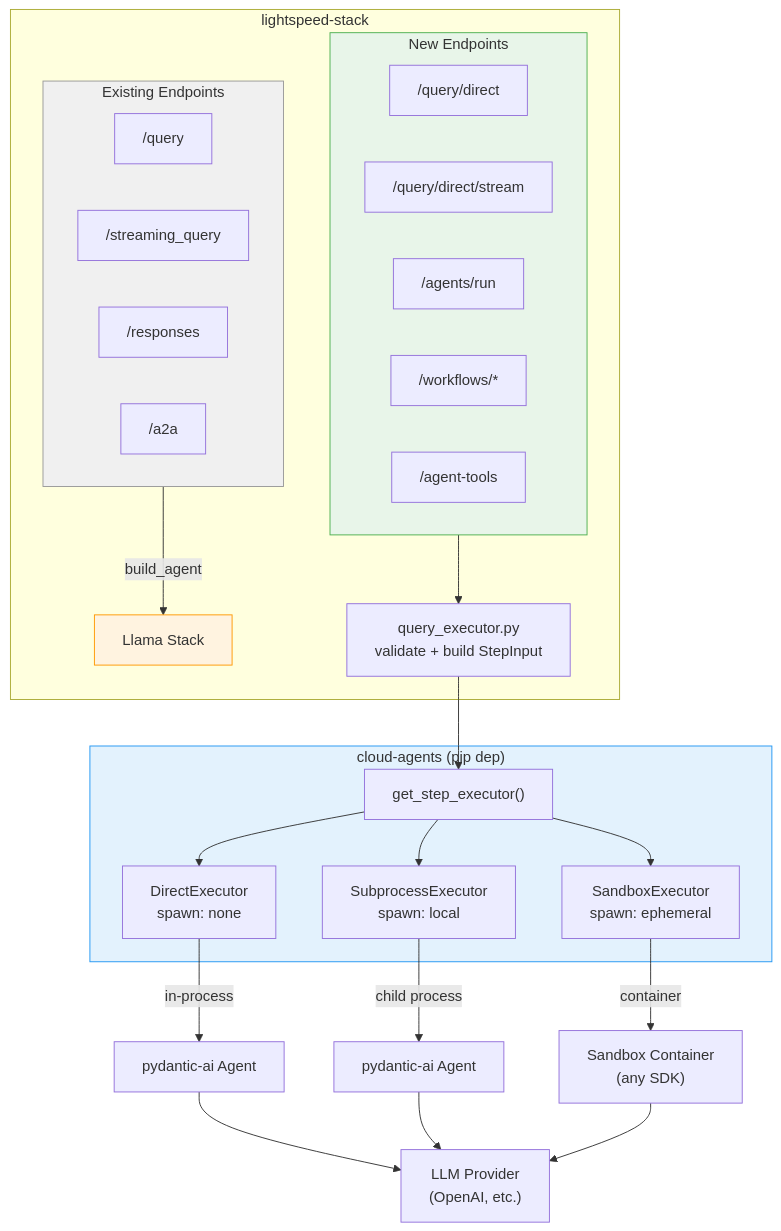
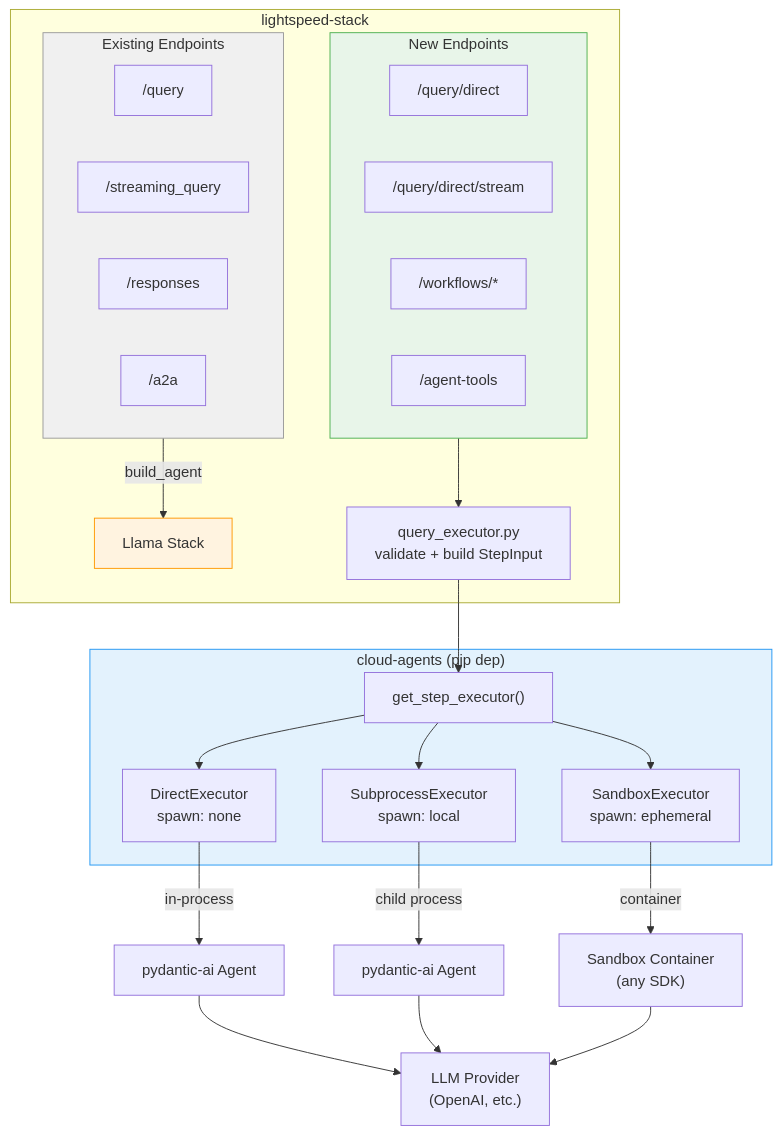
One commit to jameswnl/lightspeed-stack changed the first of 9 diagrams in docs/design/cloud-agents/integration-architecture.md. Above: the diagram before and after it, drawn with Mermaid. The commit also changed other lines of this file and 23 other files, not shown here.

````diff
--- a/docs/design/cloud-agents/integration-architecture.md
+++ b/docs/design/cloud-agents/integration-architecture.md
@@ -7,42 +7,41 @@
 ```mermaid
 graph TB
     subgraph ls["lightspeed-stack"]
         subgraph existing["Existing Endpoints"]
             query["/query"]
             stream["/streaming_query"]
             responses["/responses"]
             a2a["/a2a"]
         end
         subgraph new["New Endpoints"]
             qd["/query/direct"]
             qds["/query/direct/stream"]
-            ar["/agents/run"]
             wf["/workflows/*"]
             at["/agent-tools"]
         end
 
         existing -->|build_agent| llamastack["Llama Stack"]
         new --> bridge["query_executor.py\nvalidate + build StepInput"]
     end
 
     bridge --> dispatch["get_step_executor()"]
 
     subgraph ca["cloud-agents (pip dep)"]
         dispatch --> none["DirectExecutor\nspawn: none"]
         dispatch --> local["SubprocessExecutor\nspawn: local"]
         dispatch --> ephemeral["SandboxExecutor\nspawn: ephemeral"]
     end
 
     none -->|in-process| pydantic["pydantic-ai Agent"]
     local -->|child process| pydantic2["pydantic-ai Agent"]
     ephemeral -->|container| sandbox["Sandbox Container\n(any SDK)"]
 
     pydantic --> llm["LLM Provider\n(OpenAI, etc.)"]
     pydantic2 --> llm
     sandbox --> llm
 
     style existing fill:#f0f0f0,stroke:#999
     style new fill:#e8f5e9,stroke:#4caf50
     style ca fill:#e3f2fd,stroke:#2196f3
     style llamastack fill:#fff3e0,stroke:#ff9800
 ```
````
